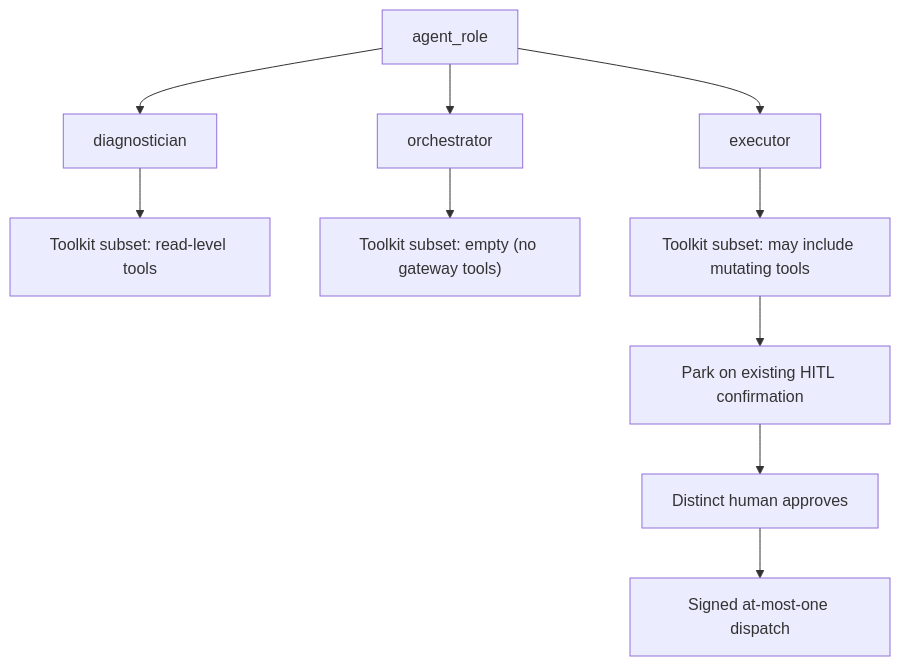
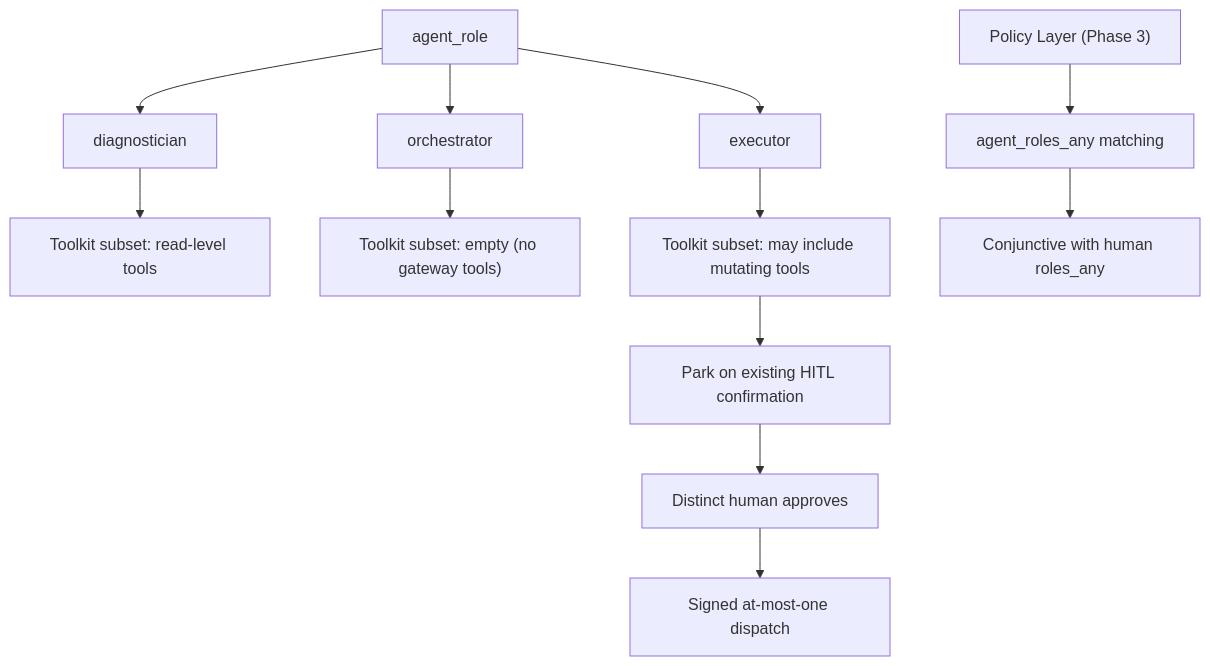
The seventh of 8 diagrams in .qoder/repowiki/en/content/Shared Contracts/SPEC-073_ Role-Scoped Agent Identity and Authority.md (metasync/luban-aiops), drawn with Mermaid before and after one commit. The commit also changed other lines of this file and 128 other files, not shown here.

````diff
--- a/.qoder/repowiki/en/content/Shared Contracts/SPEC-073_ Role-Scoped Agent Identity and Authority.md
+++ b/.qoder/repowiki/en/content/Shared Contracts/SPEC-073_ Role-Scoped Agent Identity and Authority.md
@@ -272,12 +324,14 @@
 ```mermaid
 flowchart TD
 Role["agent_role"] --> Diagnostician["diagnostician"]
 Role --> Orchestrator["orchestrator"]
 Role --> Executor["executor"]
 Diagnostician --> ToolkitD["Toolkit subset: read-level tools"]
 Orchestrator --> ToolkitO["Toolkit subset: empty (no gateway tools)"]
 Executor --> ToolkitE["Toolkit subset: may include mutating tools"]
 ToolkitE --> Park["Park on existing HITL confirmation"]
 Park --> Approve["Distinct human approves"]
 Approve --> Dispatch["Signed at-most-one dispatch"]
+PolicyLayer["Policy Layer (Phase 3)"] --> AgentRoles["agent_roles_any matching"]
+AgentRoles --> Conjunctive["Conjunctive with human roles_any"]
 ```
````
